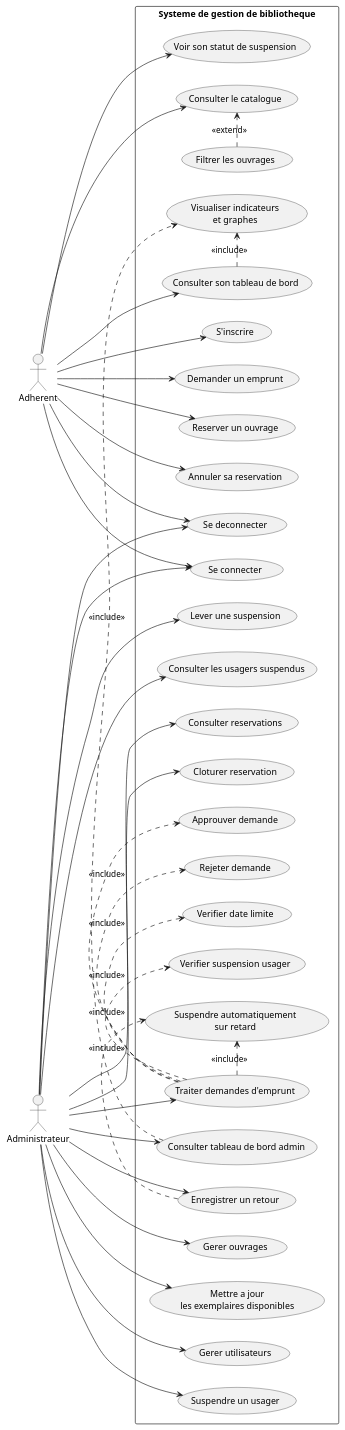
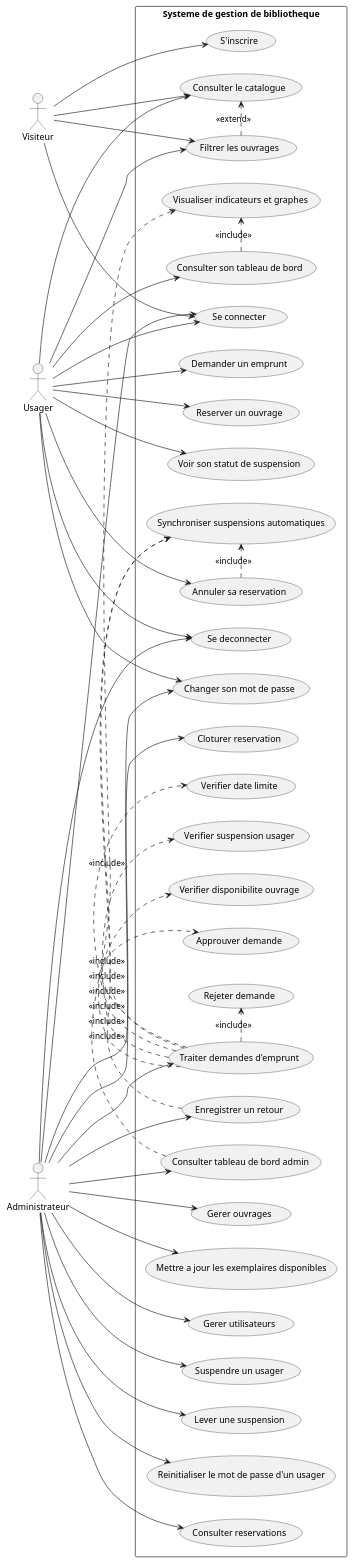
One commit to JunRoot29/Gestion-d-une-Bibliotheque changed the diagram in diagrams/diagramme_cas_utilisation.puml. Above: the diagram before and after it, drawn with PlantUML. The commit also changed 7 other files, not shown here.

Commit message:
Mise à jour des diagrammes

```diff
--- a/diagrams/diagramme_cas_utilisation.puml
+++ b/diagrams/diagramme_cas_utilisation.puml
@@ -1,70 +1,88 @@
 @startuml
 left to right direction
-actor "Adherent" as U
+actor "Visiteur" as V
+actor "Usager" as U
 actor "Administrateur" as A
 
 rectangle "Systeme de gestion de bibliotheque" {
-  usecase "S'inscrire" as UC1
-  usecase "Se connecter" as UC2
-  usecase "Se deconnecter" as UC3
-  usecase "Consulter le catalogue" as UC4
-  usecase "Filtrer les ouvrages" as UC5
-  usecase "Demander un emprunt" as UC6
-  usecase "Reserver un ouvrage" as UC7
-  usecase "Annuler sa reservation" as UC8
-  usecase "Consulter son tableau de bord" as UC9
-  usecase "Voir son statut de suspension" as UC19
+  usecase "Consulter le catalogue" as UC1
+  usecase "Filtrer les ouvrages" as UC2
 
-  usecase "Gerer ouvrages" as UC10
-  usecase "Mettre a jour\nles exemplaires disponibles" as UC20
-  usecase "Gerer utilisateurs" as UC11
-  usecase "Suspendre un usager" as UC21
-  usecase "Lever une suspension" as UC22
-  usecase "Consulter les usagers suspendus" as UC23
-  usecase "Traiter demandes d'emprunt" as UC12
-  usecase "Approuver demande" as UC13
-  usecase "Rejeter demande" as UC14
-  usecase "Verifier date limite" as UC24
-  usecase "Verifier suspension usager" as UC25
-  usecase "Enregistrer un retour" as UC15
-  usecase "Suspendre automatiquement\nsur retard" as UC26
-  usecase "Consulter reservations" as UC16
-  usecase "Cloturer reservation" as UC17
-  usecase "Consulter tableau de bord admin" as UC18
-  usecase "Visualiser indicateurs\net graphes" as UC27
+  usecase "S'inscrire" as UC3
+  usecase "Se connecter" as UC4
+  usecase "Se deconnecter" as UC5
+  usecase "Changer son mot de passe" as UC6
+
+  usecase "Demander un emprunt" as UC7
+  usecase "Reserver un ouvrage" as UC8
+  usecase "Annuler sa reservation" as UC9
+  usecase "Consulter son tableau de bord" as UC10
+  usecase "Voir son statut de suspension" as UC11
+
+  usecase "Gerer ouvrages" as UC12
+  usecase "Mettre a jour les exemplaires disponibles" as UC13
+  usecase "Gerer utilisateurs" as UC14
+  usecase "Suspendre un usager" as UC15
+  usecase "Lever une suspension" as UC16
+  usecase "Reinitialiser le mot de passe d'un usager" as UC17
+
+  usecase "Traiter demandes d'emprunt" as UC18
+  usecase "Approuver demande" as UC19
+  usecase "Rejeter demande" as UC20
+  usecase "Verifier date limite" as UC21
+  usecase "Verifier suspension usager" as UC22
+  usecase "Verifier disponibilite ouvrage" as UC23
+
+  usecase "Enregistrer un retour" as UC24
+  usecase "Synchroniser suspensions automatiques" as UC25
+
+  usecase "Consulter reservations" as UC26
+  usecase "Cloturer reservation" as UC27
+
+  usecase "Consulter tableau de bord admin" as UC28
+  usecase "Visualiser indicateurs et graphes" as UC29
 }
+
+V --> UC1
+V --> UC2
+V --> UC3
+V --> UC4
 
 U --> UC1
 U --> UC2
-U --> UC3
 U --> UC4
+U --> UC5
 U --> UC6
 U --> UC7
 U --> UC8
 U --> UC9
-U --> UC19
+U --> UC10
+U --> UC11
 
-A --> UC2
-A --> UC3
-A --> UC10
-A --> UC20
-A --> UC11
-A --> UC21
-A --> UC22
-A --> UC23
+A --> UC4
+A --> UC5
+A --> UC6
 A --> UC12
+A --> UC13
+A --> UC14
 A --> UC15
 A --> UC16
 A --> UC17
 A --> UC18
+A --> UC24
+A --> UC26
+A --> UC27
+A --> UC28
 
-UC5 .> UC4 : <<extend>>
-UC12 .> UC13 : <<include>>
-UC12 .> UC14 : <<include>>
-UC12 .> UC24 : <<include>>
-UC12 .> UC25 : <<include>>
-UC9 .> UC27 : <<include>>
-UC18 .> UC27 : <<include>>
-UC15 .> UC26 : <<include>>
-UC12 .> UC26 : <<include>>
+UC2 .> UC1 : <<extend>>
+UC18 .> UC19 : <<include>>
+UC18 .> UC20 : <<include>>
+UC18 .> UC21 : <<include>>
+UC18 .> UC22 : <<include>>
+UC18 .> UC23 : <<include>>
+UC24 .> UC25 : <<include>>
+UC18 .> UC25 : <<include>>
+UC9 .> UC25 : <<include>>
+UC10 .> UC29 : <<include>>
+UC28 .> UC29 : <<include>>
 @enduml
```
